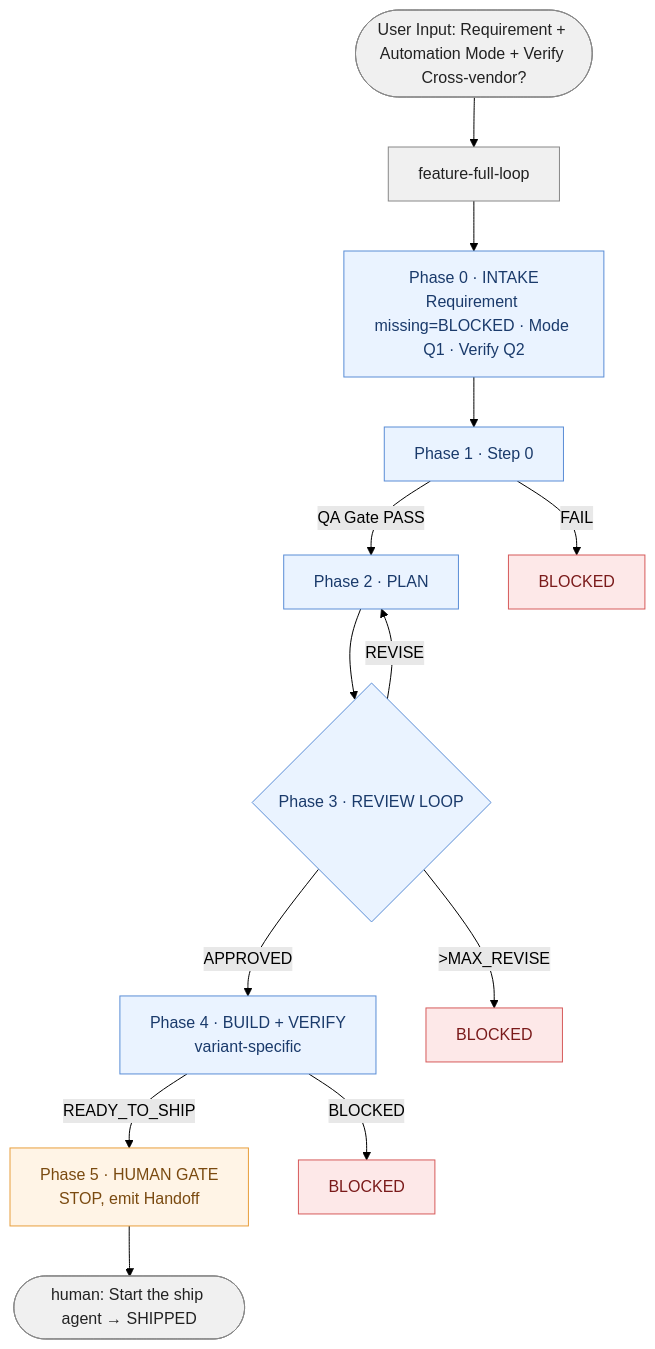
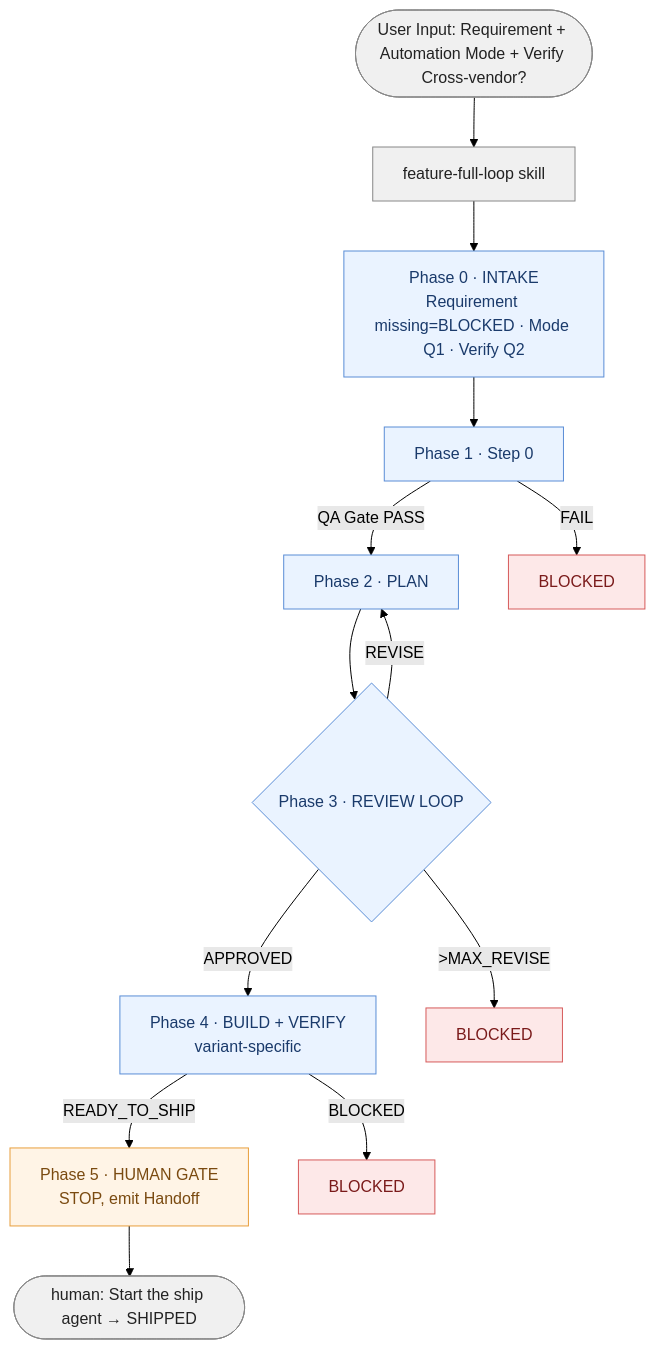
One commit to jinlong17/XAI_Desktop changed the second of 2 diagrams in docs/workflow/_portable/usage-guide.md. Above: the diagram before and after it, drawn with Mermaid (forest theme). The commit also changed other lines of this file and 2 other files, not shown here.

````diff
--- a/docs/workflow/_portable/usage-guide.md
+++ b/docs/workflow/_portable/usage-guide.md
@@ -407,24 +433,24 @@
 ```mermaid
 flowchart TD
-  U([User Input: Requirement + Automation Mode + Verify Cross-vendor?]) --> FL[feature-full-loop]
+  U([User Input: Requirement + Automation Mode + Verify Cross-vendor?]) --> FL[feature-full-loop skill]
   FL --> P0[Phase 0 · INTAKE<br/>Requirement missing=BLOCKED · Mode Q1 · Verify Q2]
   P0 --> P1[Phase 1 · Step 0]
   P1 -->|QA Gate PASS| P2[Phase 2 · PLAN]
   P1 -->|FAIL| B1[BLOCKED]
   P2 --> P3{Phase 3 · REVIEW LOOP}
   P3 -->|APPROVED| P4[Phase 4 · BUILD + VERIFY<br/>variant-specific]
   P3 -->|REVISE| P2
   P3 -->|>MAX_REVISE| B2[BLOCKED]
   P4 -->|READY_TO_SHIP| P5[Phase 5 · HUMAN GATE<br/>STOP, emit Handoff]
   P4 -->|BLOCKED| B3[BLOCKED]
   P5 --> SHIP([human: Start the ship agent → SHIPPED])
 
   classDef phase fill:#eaf3ff,stroke:#5a8dd6,color:#1a3a6b;
   classDef gate fill:#fff4e6,stroke:#e89e3c,color:#7a4a10;
   classDef blocked fill:#fde8e8,stroke:#d65a5a,color:#7a1a1a;
   classDef io fill:#f0f0f0,stroke:#888,color:#222;
   class P0,P1,P2,P3,P4 phase;
   class P5 gate;
   class B1,B2,B3 blocked;
   class U,SHIP,FL io;
 ```
````
